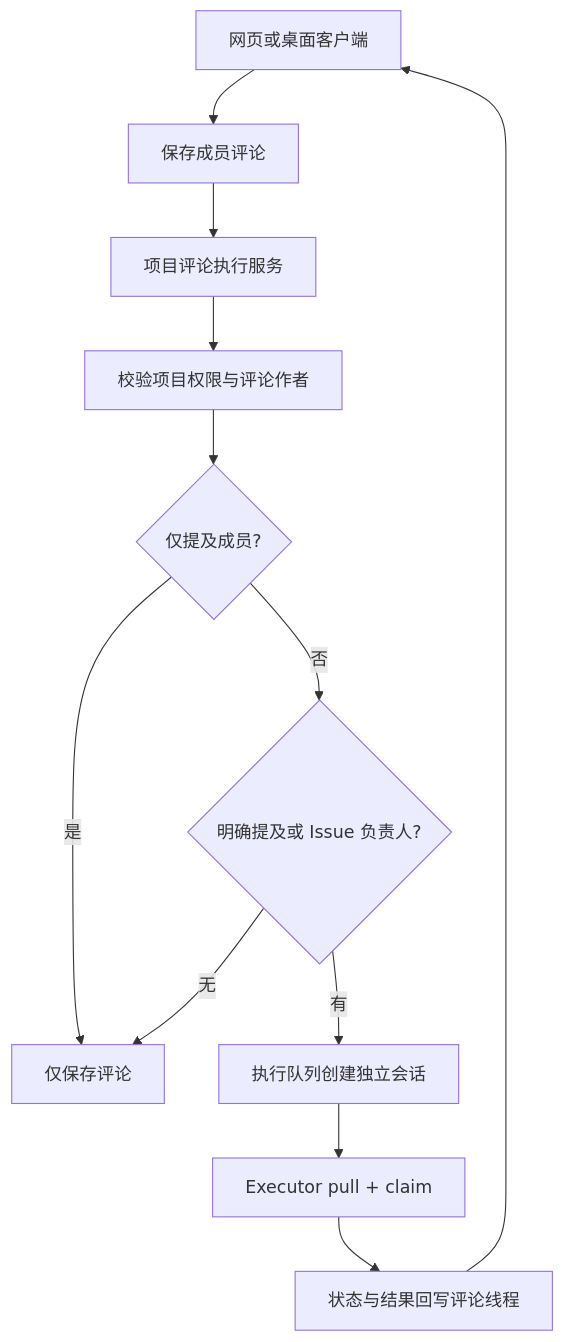
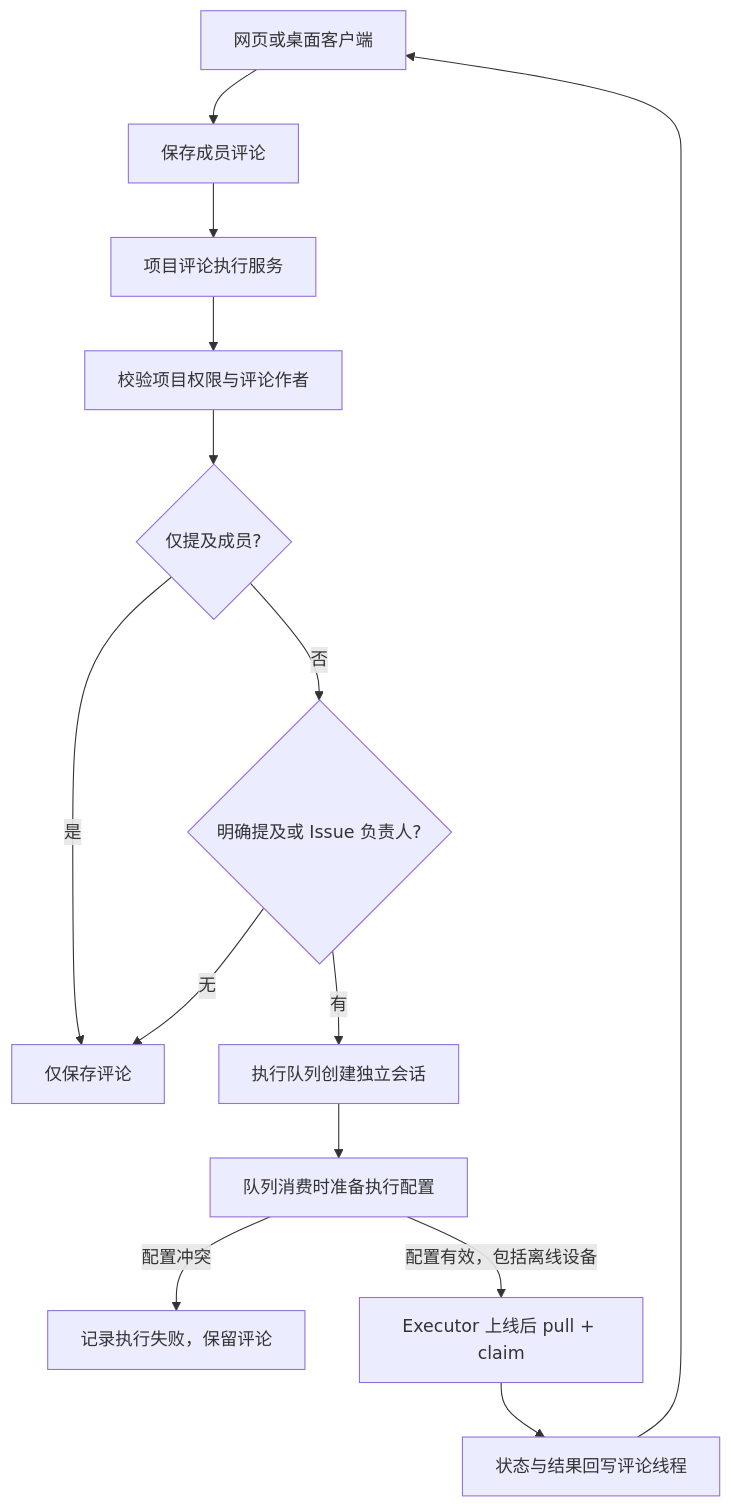
The third of 4 diagrams in docs/zh/wegent/developer-guide/cloud-project-collaboration.md (wecode-ai/Wegent), drawn with Mermaid before and after one commit. The commit also changed other lines of this file and 26 other files, not shown here.

````diff
--- a/docs/zh/wegent/developer-guide/cloud-project-collaboration.md
+++ b/docs/zh/wegent/developer-guide/cloud-project-collaboration.md
@@ -328,14 +328,16 @@
 ```mermaid
 flowchart TD
     UI[网页或桌面客户端] --> Save[保存成员评论]
     Save --> Execute[项目评论执行服务]
     Execute --> Auth[校验项目权限与评论作者]
     Auth --> Human{仅提及成员?}
     Human -->|是| Comment[仅保存评论]
     Human -->|否| Agent{明确提及或 Issue 负责人?}
     Agent -->|有| Queue[执行队列创建独立会话]
     Agent -->|无| Comment
-    Queue --> Claim[Executor pull + claim]
+    Queue --> Prepare[队列消费时准备执行配置]
+    Prepare -->|配置冲突| Failed[记录执行失败，保留评论]
+    Prepare -->|配置有效，包括离线设备| Claim[Executor 上线后 pull + claim]
     Claim --> Activity[状态与结果回写评论线程]
     Activity --> UI
 ```
````
